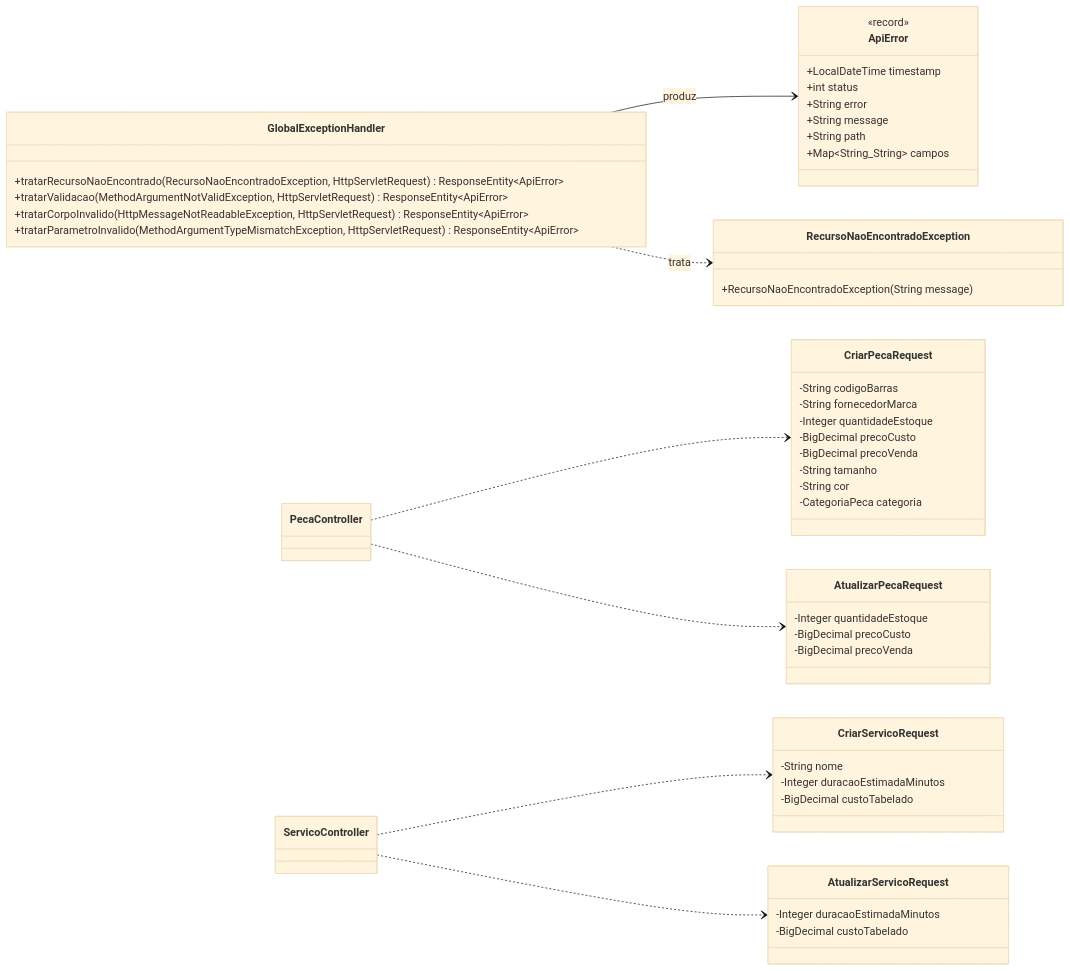
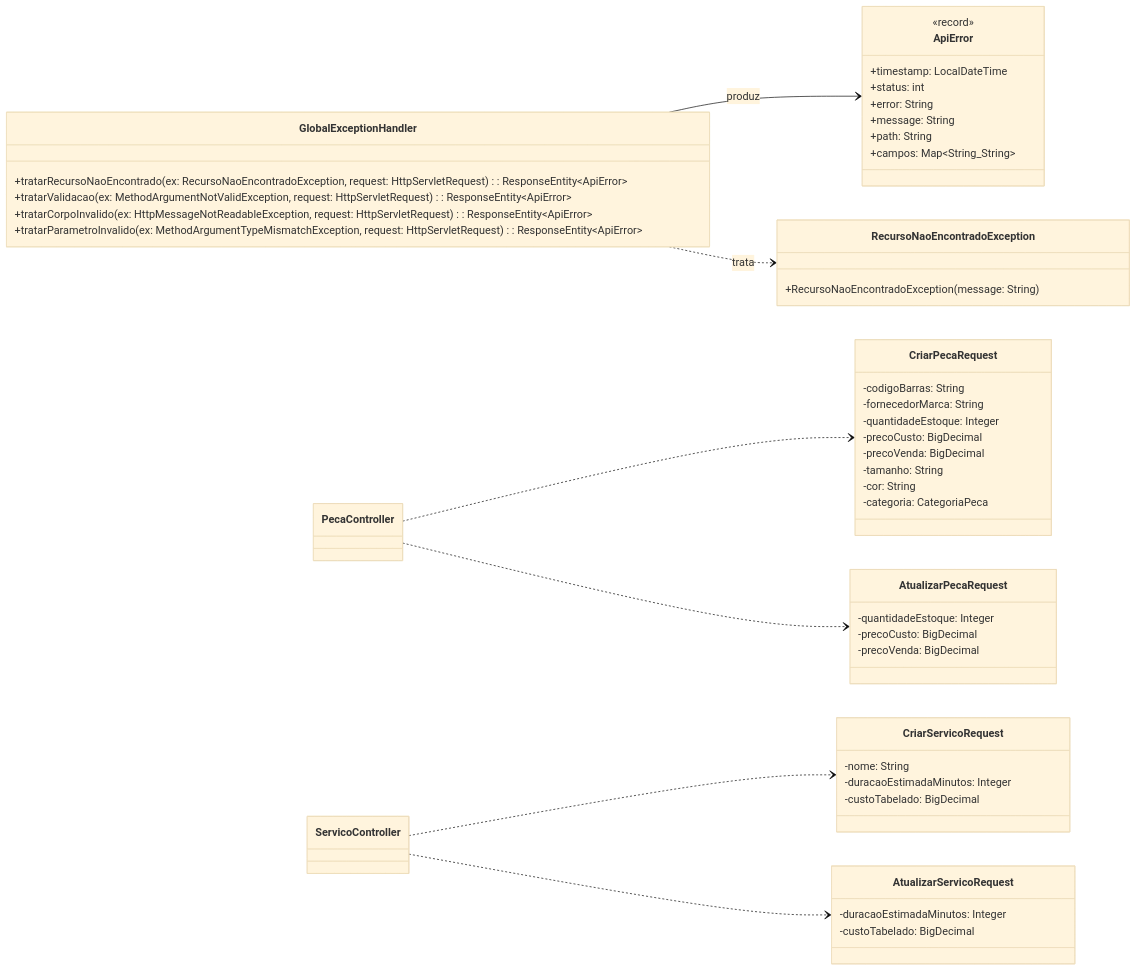
One commit to Gitthe05/mecaniQA-api-belo_horizonte changed the second of 3 diagrams in docs/diagrama-classes.md. Above: the diagram before and after it, drawn with Mermaid (base theme). The commit also changed other lines of this file and 1 other file, not shown here.

````diff
--- a/docs/diagrama-classes.md
+++ b/docs/diagrama-classes.md
@@ -113,63 +113,63 @@
 ```mermaid
 classDiagram
     direction LR
 
     class CriarPecaRequest {
-        -String codigoBarras
-        -String fornecedorMarca
-        -Integer quantidadeEstoque
-        -BigDecimal precoCusto
-        -BigDecimal precoVenda
-        -String tamanho
-        -String cor
-        -CategoriaPeca categoria
+        -codigoBarras: String
+        -fornecedorMarca: String
+        -quantidadeEstoque: Integer
+        -precoCusto: BigDecimal
+        -precoVenda: BigDecimal
+        -tamanho: String
+        -cor: String
+        -categoria: CategoriaPeca
     }
 
     class AtualizarPecaRequest {
-        -Integer quantidadeEstoque
-        -BigDecimal precoCusto
-        -BigDecimal precoVenda
+        -quantidadeEstoque: Integer
+        -precoCusto: BigDecimal
+        -precoVenda: BigDecimal
     }
 
     class CriarServicoRequest {
-        -String nome
-        -Integer duracaoEstimadaMinutos
-        -BigDecimal custoTabelado
+        -nome: String
+        -duracaoEstimadaMinutos: Integer
+        -custoTabelado: BigDecimal
     }
 
     class AtualizarServicoRequest {
-        -Integer duracaoEstimadaMinutos
-        -BigDecimal custoTabelado
+        -duracaoEstimadaMinutos: Integer
+        -custoTabelado: BigDecimal
     }
 
     class ApiError {
         <<record>>
-        +LocalDateTime timestamp
-        +int status
-        +String error
-        +String message
-        +String path
-        +Map~String_String~ campos
+        +timestamp: LocalDateTime
+        +status: int
+        +error: String
+        +message: String
+        +path: String
+        +campos: Map~String_String~
     }
 
     class RecursoNaoEncontradoException {
-        +RecursoNaoEncontradoException(String message)
+        +RecursoNaoEncontradoException(message: String)
     }
 
     class GlobalExceptionHandler {
-        +tratarRecursoNaoEncontrado(RecursoNaoEncontradoException, HttpServletRequest) ResponseEntity~ApiError~
-        +tratarValidacao(MethodArgumentNotValidException, HttpServletRequest) ResponseEntity~ApiError~
-        +tratarCorpoInvalido(HttpMessageNotReadableException, HttpServletRequest) ResponseEntity~ApiError~
-        +tratarParametroInvalido(MethodArgumentTypeMismatchException, HttpServletRequest) ResponseEntity~ApiError~
+        +tratarRecursoNaoEncontrado(ex: RecursoNaoEncontradoException, request: HttpServletRequest): ResponseEntity~ApiError~
+        +tratarValidacao(ex: MethodArgumentNotValidException, request: HttpServletRequest): ResponseEntity~ApiError~
+        +tratarCorpoInvalido(ex: HttpMessageNotReadableException, request: HttpServletRequest): ResponseEntity~ApiError~
+        +tratarParametroInvalido(ex: MethodArgumentTypeMismatchException, request: HttpServletRequest): ResponseEntity~ApiError~
     }
 
     class PecaController
     class ServicoController
 
     PecaController ..> CriarPecaRequest
     PecaController ..> AtualizarPecaRequest
     ServicoController ..> CriarServicoRequest
     ServicoController ..> AtualizarServicoRequest
     GlobalExceptionHandler --> ApiError : produz
     GlobalExceptionHandler ..> RecursoNaoEncontradoException : trata
 ```
````
